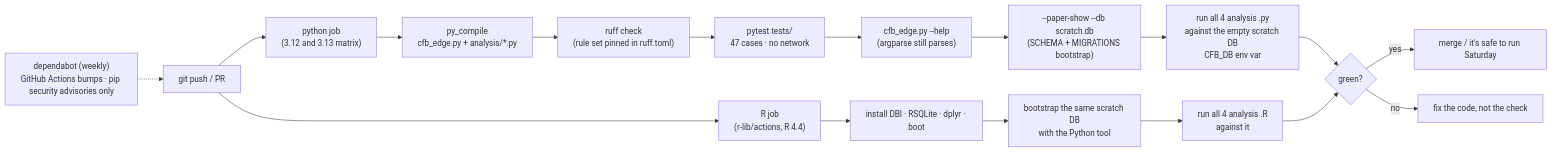
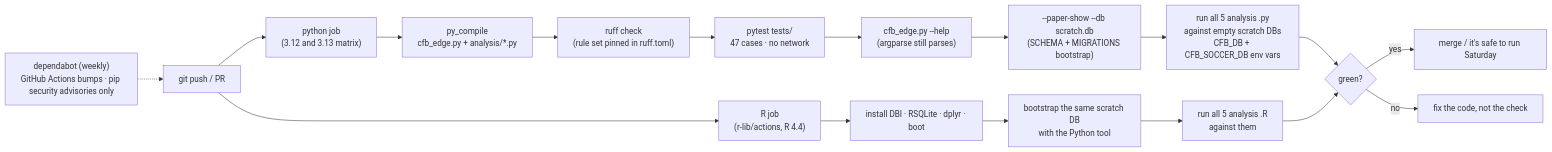
Diagram 12 of 13 in README.md (wbp318/cfb_pro_soccer_2026), drawn with Mermaid before and after one commit. The commit also changed other lines of this file and 10 other files, not shown here.

First line of the commit message:
Add analysis/05_soccer: the soccer analysis loop in Python and R

````diff
--- a/README.md
+++ b/README.md
@@ -681,18 +690,18 @@
 ```mermaid
 flowchart LR
     PUSH["git push / PR"] --> PY["python job\n(3.12 and 3.13 matrix)"]
     PUSH --> RJ["R job\n(r-lib/actions, R 4.4)"]
     PY --> P1["py_compile\ncfb_edge.py + analysis/*.py"]
     P1 --> P2["ruff check\n(rule set pinned in ruff.toml)"]
     P2 --> PT["pytest tests/\n47 cases · no network"]
     PT --> P3["cfb_edge.py --help\n(argparse still parses)"]
     P3 --> P4["--paper-show --db scratch.db\n(SCHEMA + MIGRATIONS bootstrap)"]
-    P4 --> P5["run all 4 analysis .py\nagainst the empty scratch DB\nCFB_DB env var"]
+    P4 --> P5["run all 5 analysis .py\nagainst empty scratch DBs\nCFB_DB + CFB_SOCCER_DB env vars"]
     RJ --> R1["install DBI · RSQLite · dplyr · boot"]
     R1 --> R2["bootstrap the same scratch DB\nwith the Python tool"]
-    R2 --> R3["run all 4 analysis .R\nagainst it"]
+    R2 --> R3["run all 5 analysis .R\nagainst them"]
     P5 & R3 --> OK{"green?"}
     OK -- yes --> M["merge / it's safe to run Saturday"]
     OK -- no --> FIX["fix the code, not the check"]
     DEP["dependabot (weekly)\nGitHub Actions bumps · pip security advisories only"] -.-> PUSH
 ```
````
